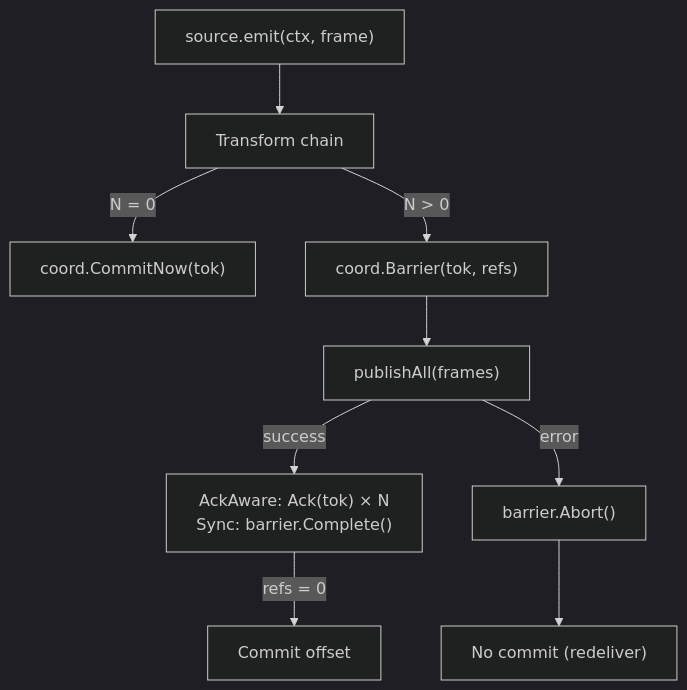
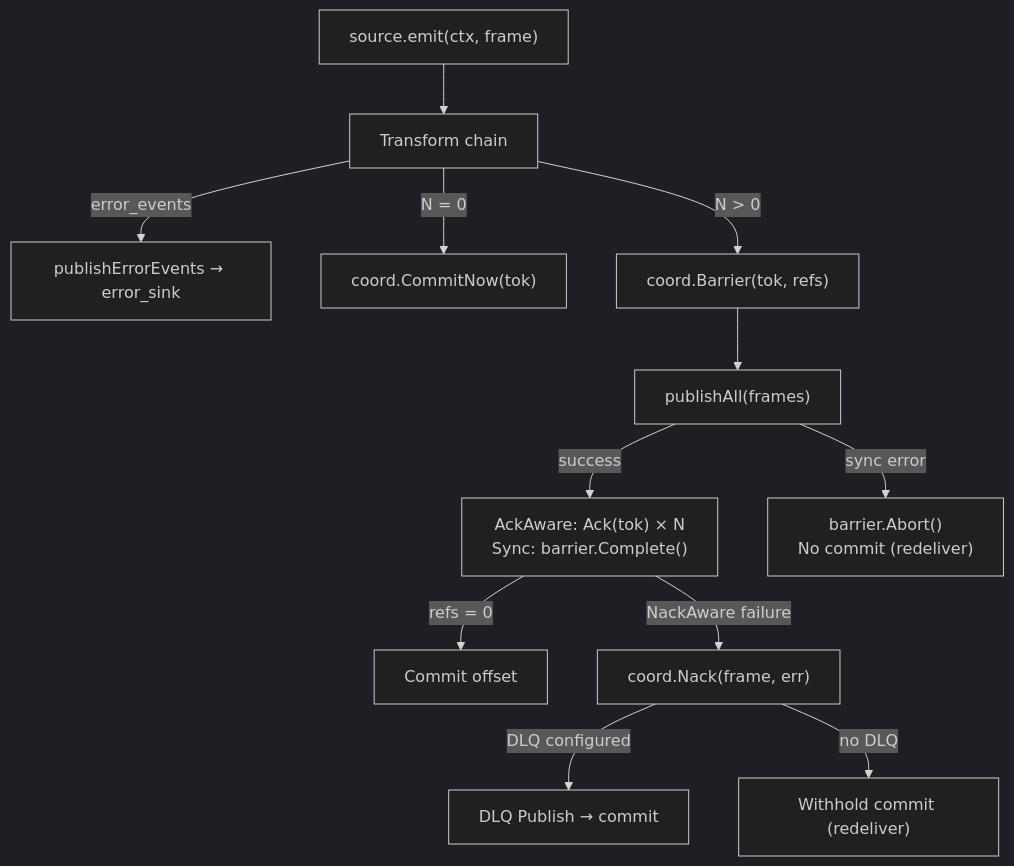
The diagram in docs/specs/pipeline.md (mohsanabbas/quanta), drawn with Mermaid (dark theme) before and after one commit. The commit also changed other lines of this file and 4 other files, not shown here.

````diff
--- a/docs/specs/pipeline.md
+++ b/docs/specs/pipeline.md
@@ -25,13 +28,16 @@
 ```mermaid
 flowchart TD
   emit["source.emit(ctx, frame)"] --> chain["Transform chain"]
+  chain -->|"error_events"| errSink["publishErrorEvents → error_sink"]
   chain -->|"N = 0"| commitNow["coord.CommitNow(tok)"]
   chain -->|"N > 0"| barrier["coord.Barrier(tok, refs)"]
   barrier --> publish["publishAll(frames)"]
 
   publish -->|success| ackPhase["AckAware: Ack(tok) × N\nSync: barrier.Complete()"]
-  publish -->|error| abort["barrier.Abort()"]
+  publish -->|sync error| abort["barrier.Abort()\nNo commit (redeliver)"]
 
   ackPhase -->|"refs = 0"| commit["Commit offset"]
-  abort --> noCommit["No commit (redeliver)"]
+  ackPhase -->|"NackAware failure"| nack["coord.Nack(frame, err)"]
+  nack -->|"DLQ configured"| dlq["DLQ Publish → commit"]
+  nack -->|"no DLQ"| withhold["Withhold commit (redeliver)"]
 ```
````
